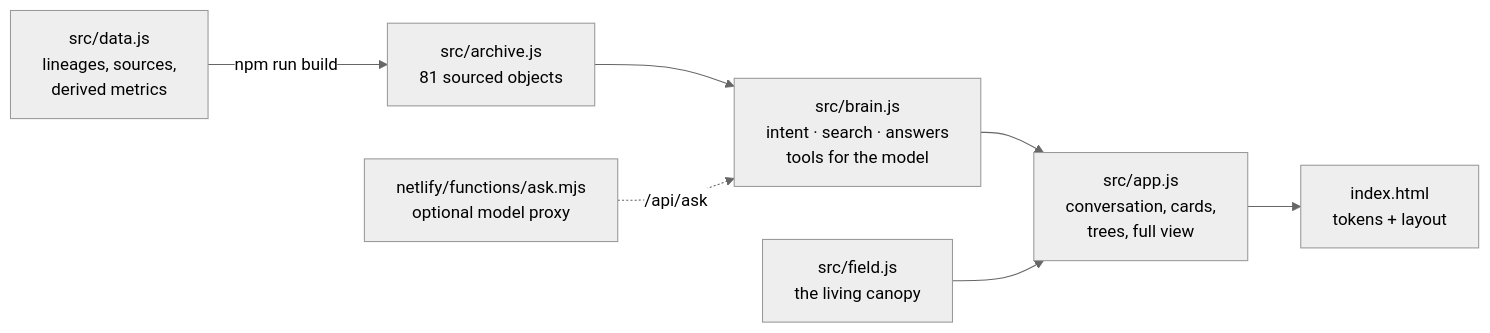
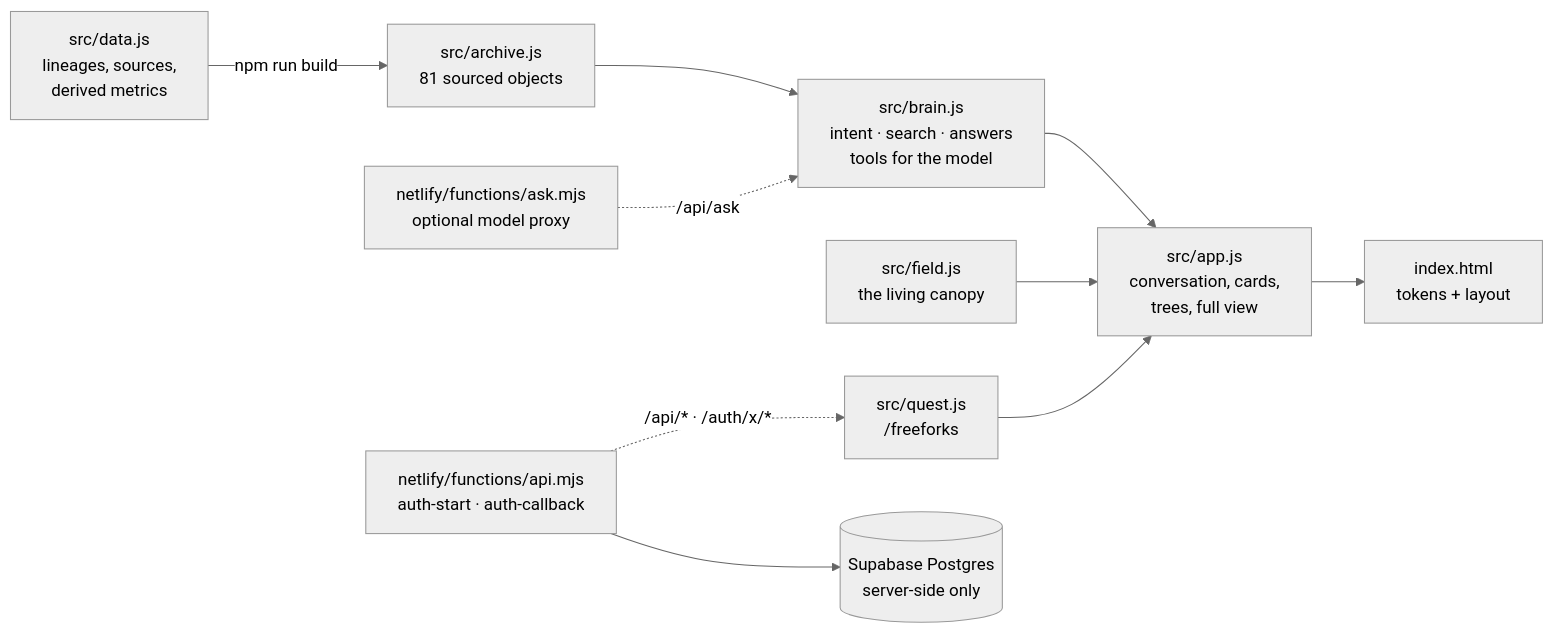
Before and after one commit to duongquocbao1999/fork: the third of 3 diagrams in README.md, drawn with Mermaid (neutral theme). The commit also changed other lines of this file and 21 other files, not shown here.

````diff
--- a/README.md
+++ b/README.md
@@ -180,9 +183,12 @@
 ```mermaid
 flowchart LR
   data["src/data.js<br/>lineages, sources,<br/>derived metrics"] -- "npm run build" --> arch["src/archive.js<br/>81 sourced objects"]
   arch --> brain["src/brain.js<br/>intent · search · answers<br/>tools for the model"]
   brain --> app["src/app.js<br/>conversation, cards,<br/>trees, full view"]
   field["src/field.js<br/>the living canopy"] --> app
   app --> html["index.html<br/>tokens + layout"]
   fn["netlify/functions/ask.mjs<br/>optional model proxy"] -. "/api/ask" .-> brain
+  quest["src/quest.js<br/>/freeforks"] --> app
+  api["netlify/functions/api.mjs<br/>auth-start · auth-callback"] -. "/api/* · /auth/x/*" .-> quest
+  api --> db[("Supabase Postgres<br/>server-side only")]
 ```
````
